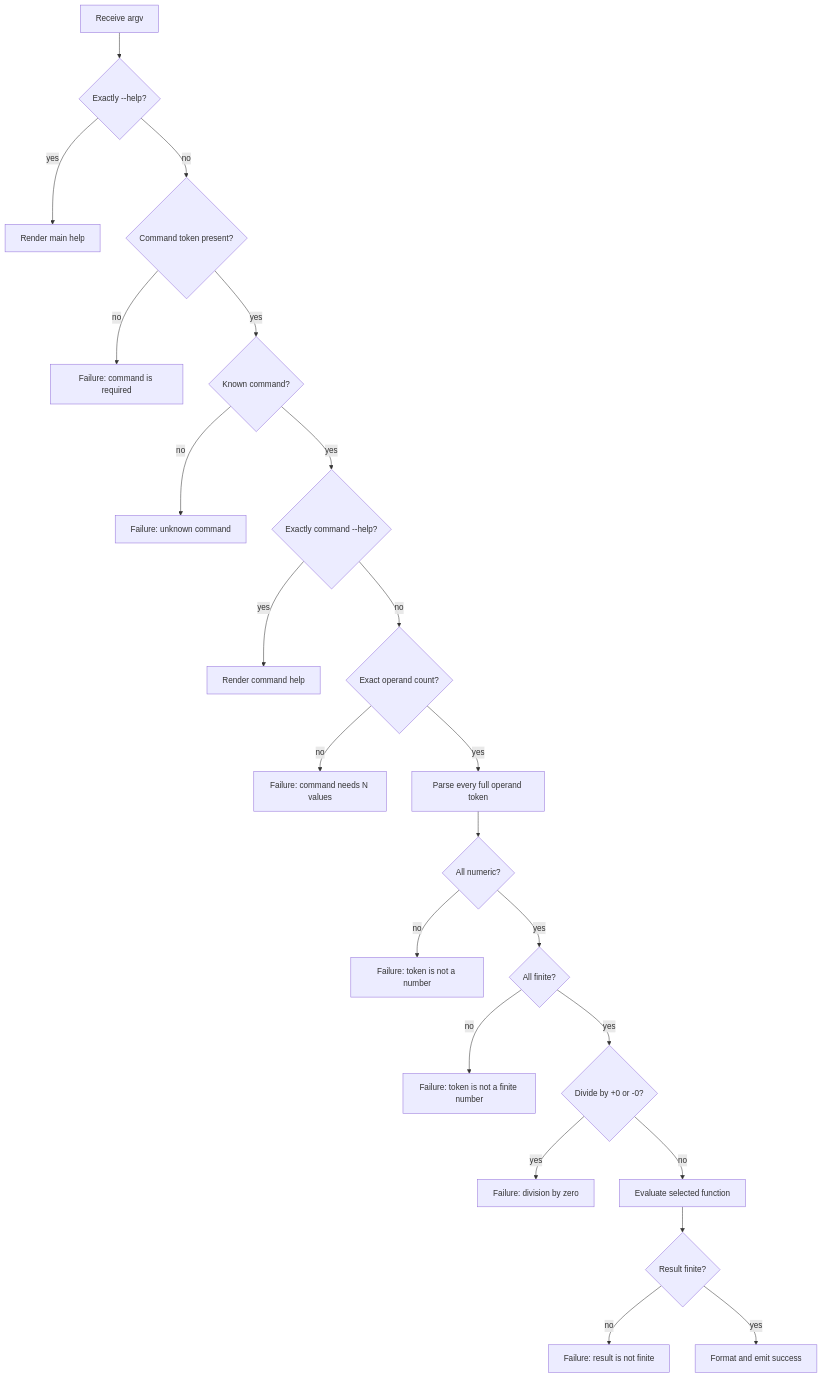
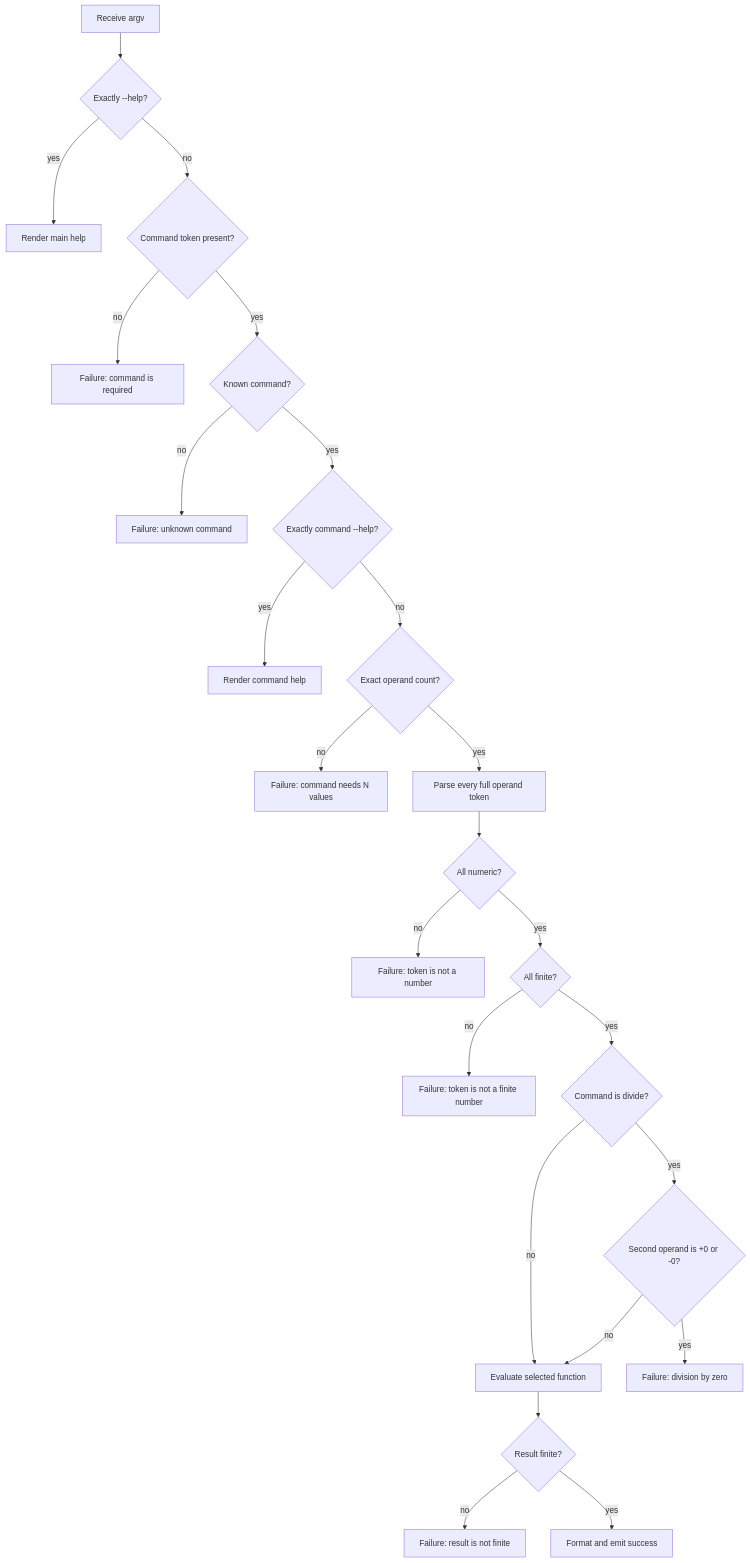
The second of 2 diagrams in openspec/changes/sac-166/design.md (sachinkundu/deos-sample-project), drawn with Mermaid before and after one commit. The commit also changed other lines of this file, not shown here.

Commit message:
DEOS planning manifest workflow:99426d9b-cda7-4db4-9136-692a95a0b090:e5996a8a-295a-4f94-a020-6769cfcb2c7e:run:3:system_action:publish_design_response:github.publish_design_candidate:b7781fd0e4cbf50f6cc3f401440f3f4f4526ff77025ce0b16053fc7bff7e1a83:34

````diff
--- a/openspec/changes/sac-166/design.md
+++ b/openspec/changes/sac-166/design.md
@@ -126,24 +126,26 @@
 ```mermaid
 flowchart TD
     Start[Receive argv] --> MainHelp{Exactly --help?}
     MainHelp -- yes --> RenderMain[Render main help]
     MainHelp -- no --> HasCommand{Command token present?}
     HasCommand -- no --> Missing[Failure: command is required]
     HasCommand -- yes --> Lookup{Known command?}
     Lookup -- no --> Unknown[Failure: unknown command]
     Lookup -- yes --> CommandHelp{Exactly command --help?}
     CommandHelp -- yes --> RenderCommand[Render command help]
     CommandHelp -- no --> Arity{Exact operand count?}
     Arity -- no --> WrongArity[Failure: command needs N values]
     Arity -- yes --> Parse[Parse every full operand token]
     Parse --> Numeric{All numeric?}
     Numeric -- no --> NotNumber[Failure: token is not a number]
     Numeric -- yes --> FiniteInput{All finite?}
     FiniteInput -- no --> BadInput[Failure: token is not a finite number]
-    FiniteInput -- yes --> Zero{Divide by +0 or -0?}
+    FiniteInput -- yes --> DivideCommand{Command is divide?}
+    DivideCommand -- no --> Evaluate[Evaluate selected function]
+    DivideCommand -- yes --> Zero{Second operand is +0 or -0?}
     Zero -- yes --> DivideZero[Failure: division by zero]
-    Zero -- no --> Evaluate[Evaluate selected function]
+    Zero -- no --> Evaluate
     Evaluate --> FiniteResult{Result finite?}
     FiniteResult -- no --> BadResult[Failure: result is not finite]
     FiniteResult -- yes --> Success[Format and emit success]
 ```
````
